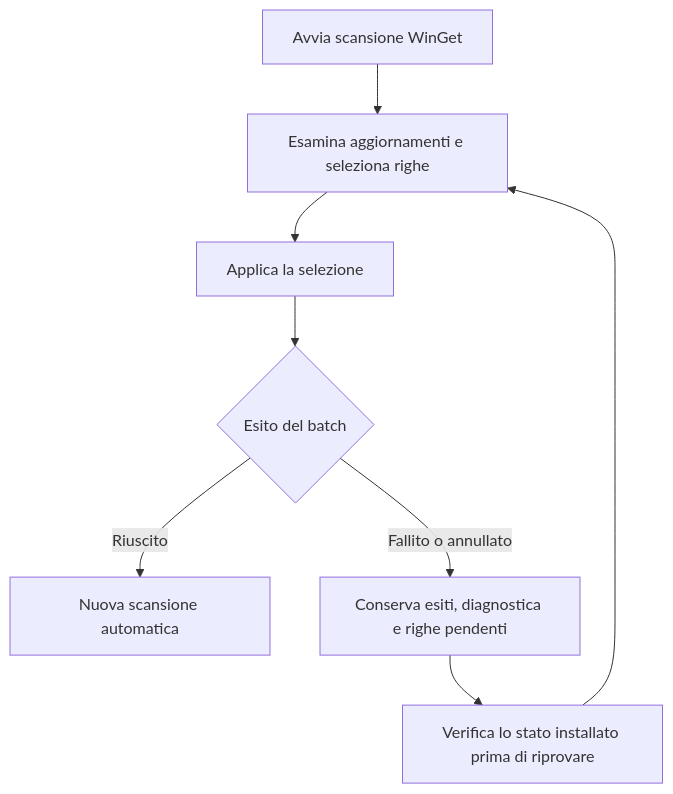
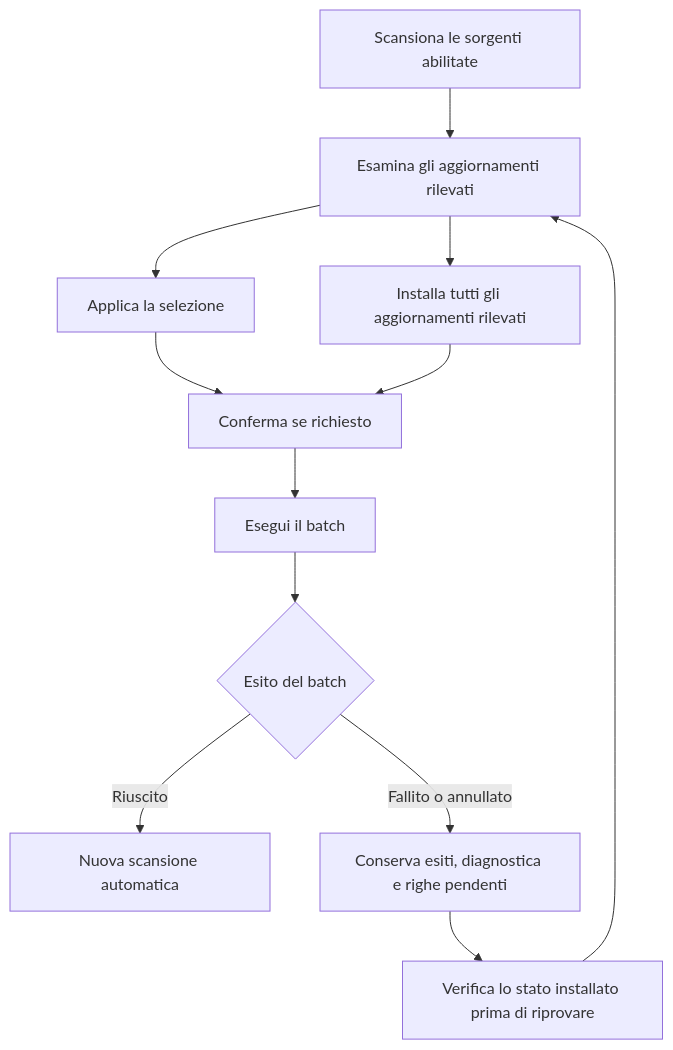
Before and after one commit to dennidalpos/OnlyWinget: the fourth of 7 diagrams in docs/user-guide.it.md, drawn with Mermaid. The commit also changed other lines of this file and 17 other files, not shown here.

````diff
--- a/docs/user-guide.it.md
+++ b/docs/user-guide.it.md
@@ -73,10 +73,14 @@
 ```mermaid
 flowchart TD
-    Scan["Avvia scansione WinGet"] --> Rows["Esamina aggiornamenti e seleziona righe"]
+    Scan["Scansiona le sorgenti abilitate"] --> Rows["Esamina gli aggiornamenti rilevati"]
     Rows --> Apply["Applica la selezione"]
-    Apply --> Outcome{"Esito del batch"}
+    Rows --> All["Installa tutti gli aggiornamenti rilevati"]
+    Apply --> Confirm["Conferma se richiesto"]
+    All --> Confirm
+    Confirm --> Execute["Esegui il batch"]
+    Execute --> Outcome{"Esito del batch"}
     Outcome -->|"Riuscito"| Rescan["Nuova scansione automatica"]
     Outcome -->|"Fallito o annullato"| Keep["Conserva esiti, diagnostica e righe pendenti"]
     Keep --> Check["Verifica lo stato installato prima di riprovare"]
     Check --> Rows
 ```
````
